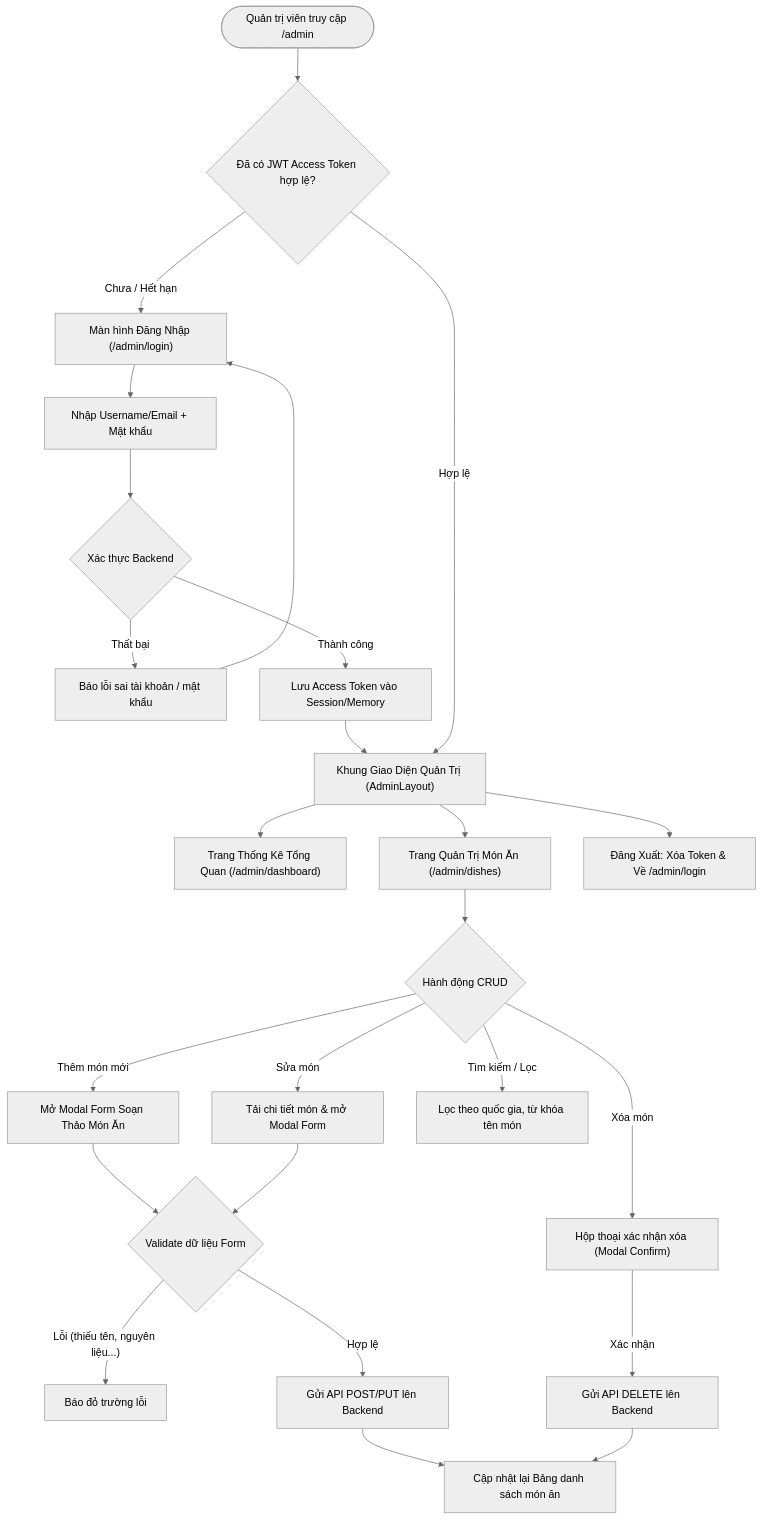
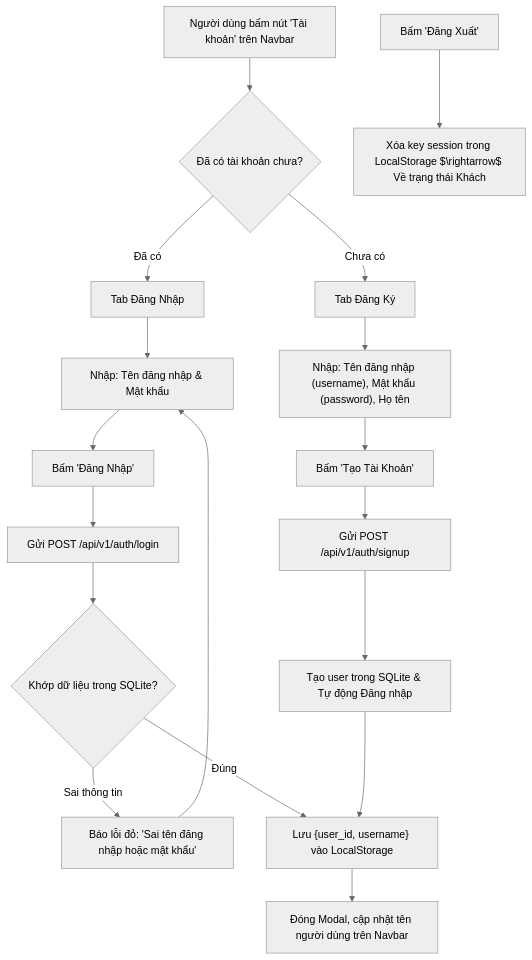
The second of 3 diagrams in docs/03_USER_FLOW_AND_UIUX_SPEC.md (snowwminhduc1212/YumYumPick), drawn with Mermaid (neutral theme) before and after one commit. The commit also changed other lines of this file and 9 other files, not shown here.

Commit message:
refactor: simplify project scope to 5-day sprint with SQLite, simple auth, responsive UI and parallel tasks

````diff
--- a/docs/03_USER_FLOW_AND_UIUX_SPEC.md
+++ b/docs/03_USER_FLOW_AND_UIUX_SPEC.md
@@ -183,32 +55,25 @@
 ```mermaid
 flowchart TD
-    AdminStart(["Quản trị viên truy cập /admin"]) --> CheckToken{"Đã có JWT Access Token hợp lệ?"}
+    UserAction["Người dùng bấm nút 'Tài khoản' trên Navbar"] --> ModalChoice{"Đã có tài khoản chưa?"}
     
-    CheckToken -- "Chưa / Hết hạn" --> LoginPage["Màn hình Đăng Nhập (/admin/login)"]
-    LoginPage --> SubmitLogin["Nhập Username/Email + Mật khẩu"]
-    SubmitLogin --> AuthCheck{"Xác thực Backend"}
-    AuthCheck -- "Thất bại" --> ShowLoginError["Báo lỗi sai tài khoản / mật khẩu"]
-    ShowLoginError --> LoginPage
-    AuthCheck -- "Thành công" --> SaveToken["Lưu Access Token vào Session/Memory"]
-    SaveToken --> AdminLayout["Khung Giao Diện Quản Trị (AdminLayout)"]
-
-    CheckToken -- "Hợp lệ" --> AdminLayout
+    ModalChoice -- "Chưa có" --> TabSignup["Tab Đăng Ký"]
+    TabSignup --> InputSignup["Nhập: Tên đăng nhập (username), Mật khẩu (password), Họ tên"]
+    InputSignup --> SubmitSignup["Bấm 'Tạo Tài Khoản'"]
+    SubmitSignup --> CallAPISignup["Gửi POST /api/v1/auth/signup"]
+    CallAPISignup --> SuccessSignup["Tạo user trong SQLite & Tự động Đăng nhập"]
     
-    AdminLayout --> AdminDashboard["Trang Thống Kê Tổng Quan (/admin/dashboard)"]
-    AdminLayout --> DishManager["Trang Quản Trị Món Ăn (/admin/dishes)"]
-    AdminLayout --> LogoutAction["Đăng Xuất: Xóa Token & Về /admin/login"]
+    ModalChoice -- "Đã có" --> TabLogin["Tab Đăng Nhập"]
+    TabLogin --> InputLogin["Nhập: Tên đăng nhập & Mật khẩu"]
+    InputLogin --> SubmitLogin["Bấm 'Đăng Nhập'"]
+    SubmitLogin --> CallAPILogin["Gửi POST /api/v1/auth/login"]
     
-    DishManager --> DishActions{"Hành động CRUD"}
-    DishActions -- "Thêm món mới" --> OpenCreateModal["Mở Modal Form Soạn Thảo Món Ăn"]
-    DishActions -- "Sửa món" --> LoadDishDetail["Tải chi tiết món & mở Modal Form"]
-    DishActions -- "Xóa món" --> ConfirmDelete["Hộp thoại xác nhận xóa (Modal Confirm)"]
-    DishActions -- "Tìm kiếm / Lọc" --> FilterDishTable["Lọc theo quốc gia, từ khóa tên món"]
-
-    OpenCreateModal --> ValidateForm{"Validate dữ liệu Form"}
-    LoadDishDetail --> ValidateForm
-    ValidateForm -- "Lỗi (thiếu tên, nguyên liệu...)" --> FormInlineError["Báo đỏ trường lỗi"]
-    ValidateForm -- "Hợp lệ" --> SaveToSupabase["Gửi API POST/PUT lên Backend"]
-    SaveToSupabase --> RefreshTable["Cập nhật lại Bảng danh sách món ăn"]
-    ConfirmDelete -- "Xác nhận" --> DeleteAPI["Gửi API DELETE lên Backend"]
-    DeleteAPI --> RefreshTable
+    CallAPILogin --> CheckCreds{"Khớp dữ liệu trong SQLite?"}
+    CheckCreds -- "Sai thông tin" --> ShowError["Báo lỗi đỏ: 'Sai tên đăng nhập hoặc mật khẩu'"]
+    ShowError --> InputLogin
+    
+    CheckCreds -- "Đúng" --> SaveSession["Lưu {user_id, username} vào LocalStorage"]
+    SuccessSignup --> SaveSession
+    SaveSession --> CloseModal["Đóng Modal, cập nhật tên người dùng trên Navbar"]
+    
+    NavbarLogout["Bấm 'Đăng Xuất'"] --> ClearSession["Xóa key session trong LocalStorage $\rightarrow$ Về trạng thái Khách"]
 ```
````
